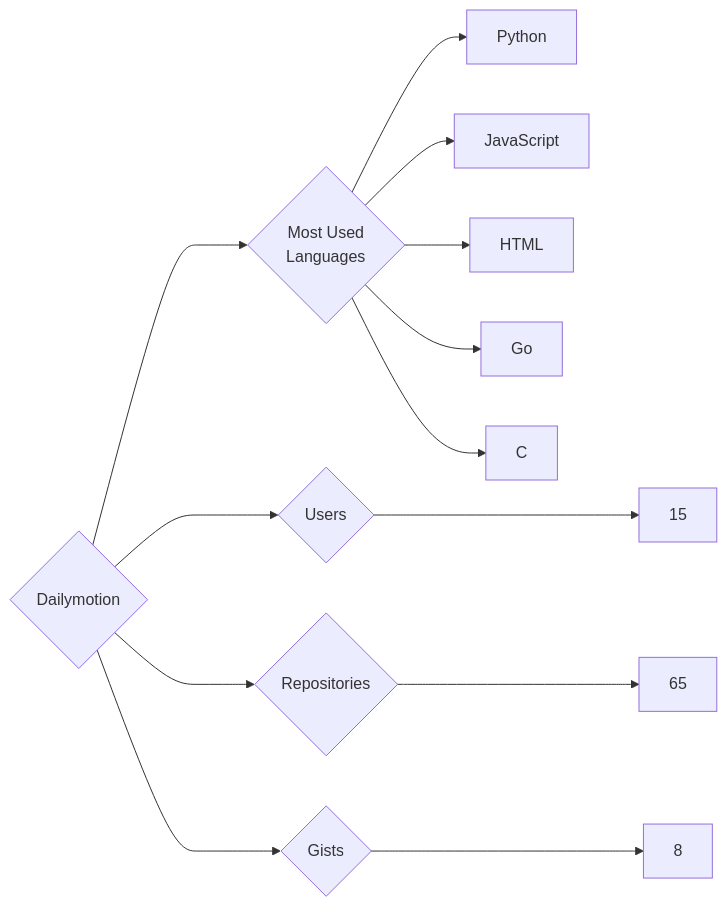
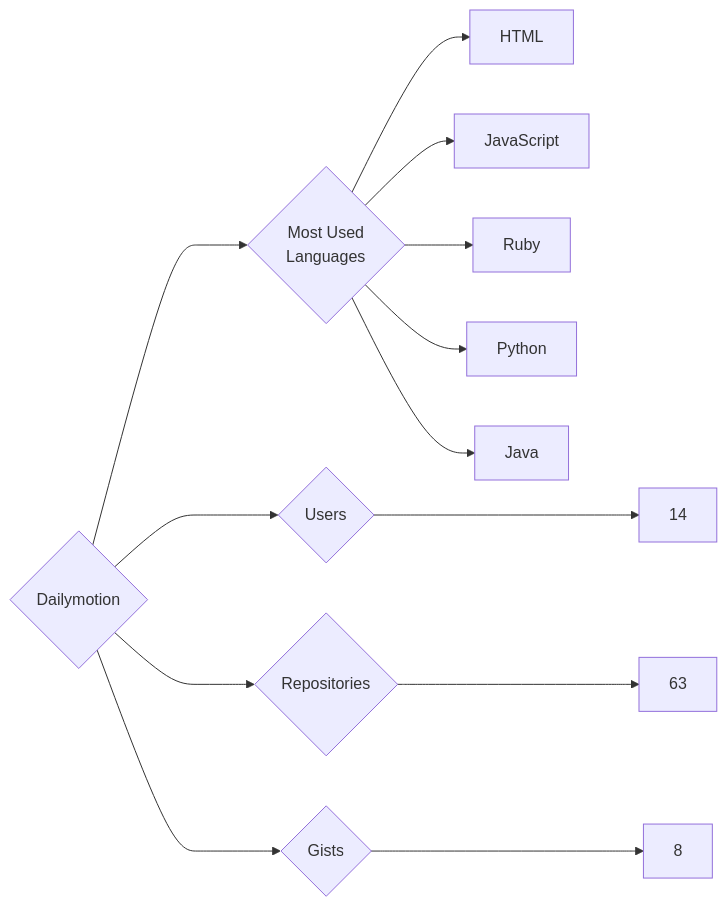
The diagram in targets/Dailymotion/README.md (trickest/insiders), drawn with Mermaid before and after one commit. The commit also changed 935 other files, not shown here.

````diff
--- a/targets/Dailymotion/README.md
+++ b/targets/Dailymotion/README.md
@@ -3,13 +3,13 @@
 ```mermaid
 graph LR
 COMPANY_NAME{Dailymotion}
-COMPANY_NAME ---> U{Users} ---> UN[15]
-COMPANY_NAME ---> R{Repositories} ---> RN[65]
+COMPANY_NAME ---> U{Users} ---> UN[14]
+COMPANY_NAME ---> R{Repositories} ---> RN[63]
 COMPANY_NAME ---> G{Gists} ---> GN[8]
 COMPANY_NAME ---> ML{Most Used<br>Languages}
+ML --> HTML[HTML]
+ML --> JavaScript[JavaScript]
+ML --> Ruby[Ruby]
 ML --> Python[Python]
-ML --> JavaScript[JavaScript]
-ML --> HTML[HTML]
-ML --> Go[Go]
-ML --> C[C]
+ML --> Java[Java]
 ```
````
